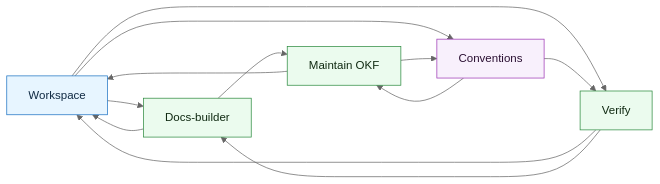
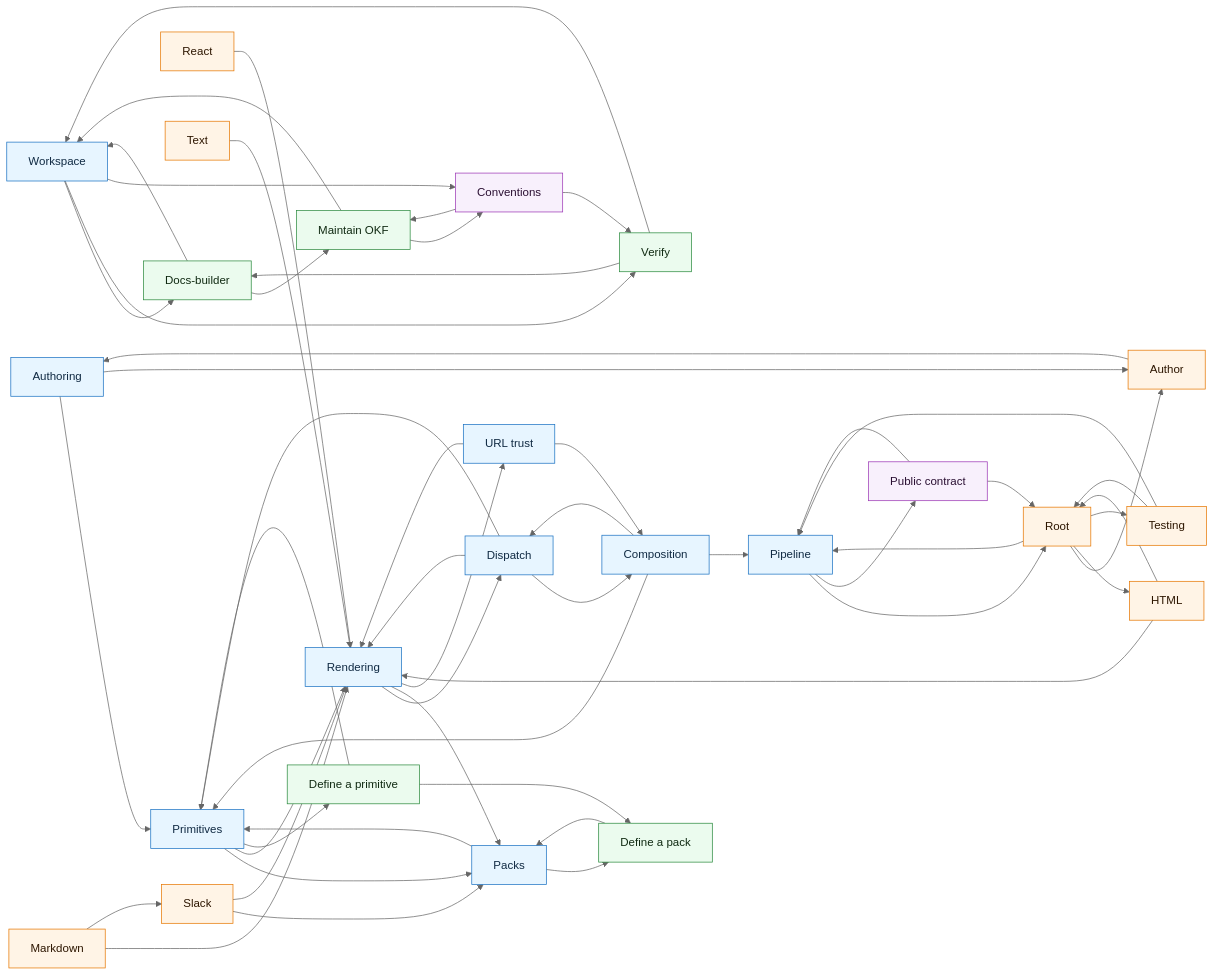
The diagram in docs/reference/okf-map.md (elastic/isomer), drawn with Mermaid (neutral theme) before and after one commit. The commit also changed other lines of this file and 150 other files, not shown here.

````diff
--- a/docs/reference/okf-map.md
+++ b/docs/reference/okf-map.md
@@ -16,23 +16,82 @@
 ```mermaid
 flowchart LR
+    sdk_concepts_authoring["Authoring"]:::concept
+    sdk_concepts_composition["Composition"]:::concept
+    sdk_concepts_dispatch["Dispatch"]:::concept
+    sdk_concepts_packs["Packs"]:::concept
+    sdk_concepts_pipeline["Pipeline"]:::concept
+    sdk_concepts_primitives["Primitives"]:::concept
+    sdk_concepts_rendering["Rendering"]:::concept
+    sdk_concepts_url_trust["URL trust"]:::concept
+    sdk_entry_points_author["Author"]:::entrypoint
+    sdk_entry_points_html["HTML"]:::entrypoint
+    sdk_entry_points_markdown["Markdown"]:::entrypoint
+    sdk_entry_points_react["React"]:::entrypoint
+    sdk_entry_points_root["Root"]:::entrypoint
+    sdk_entry_points_slack["Slack"]:::entrypoint
+    sdk_entry_points_testing["Testing"]:::entrypoint
+    sdk_entry_points_text["Text"]:::entrypoint
+    sdk_playbooks_define_a_pack["Define a pack"]:::playbook
+    sdk_playbooks_define_a_primitive["Define a primitive"]:::playbook
+    sdk_reference_public_contract["Public contract"]:::reference
     workspace_concepts_workspace["Workspace"]:::concept
     workspace_playbooks_docs_builder["Docs-builder"]:::playbook
     workspace_playbooks_maintain_okf["Maintain OKF"]:::playbook
     workspace_playbooks_verify["Verify"]:::playbook
     workspace_reference_conventions["Conventions"]:::reference
+    sdk_concepts_authoring --> sdk_concepts_primitives
+    sdk_concepts_authoring --> sdk_entry_points_author
+    sdk_concepts_composition --> sdk_concepts_dispatch
+    sdk_concepts_composition --> sdk_concepts_pipeline
+    sdk_concepts_composition --> sdk_concepts_primitives
+    sdk_concepts_dispatch --> sdk_concepts_composition
+    sdk_concepts_dispatch --> sdk_concepts_primitives
+    sdk_concepts_dispatch --> sdk_concepts_rendering
+    sdk_concepts_packs --> sdk_concepts_primitives
+    sdk_concepts_packs --> sdk_playbooks_define_a_pack
+    sdk_concepts_pipeline --> sdk_entry_points_root
+    sdk_concepts_pipeline --> sdk_reference_public_contract
+    sdk_concepts_primitives --> sdk_concepts_packs
+    sdk_concepts_primitives --> sdk_concepts_rendering
+    sdk_concepts_primitives --> sdk_playbooks_define_a_primitive
+    sdk_concepts_rendering --> sdk_concepts_dispatch
+    sdk_concepts_rendering --> sdk_concepts_packs
+    sdk_concepts_rendering --> sdk_concepts_url_trust
+    sdk_concepts_url_trust --> sdk_concepts_composition
+    sdk_concepts_url_trust --> sdk_concepts_rendering
+    sdk_entry_points_author --> sdk_concepts_authoring
+    sdk_entry_points_html --> sdk_concepts_rendering
+    sdk_entry_points_html --> sdk_entry_points_root
+    sdk_entry_points_markdown --> sdk_concepts_rendering
+    sdk_entry_points_markdown --> sdk_entry_points_slack
+    sdk_entry_points_react --> sdk_concepts_rendering
+    sdk_entry_points_root --> sdk_concepts_pipeline
+    sdk_entry_points_root --> sdk_entry_points_author
+    sdk_entry_points_root --> sdk_entry_points_html
+    sdk_entry_points_root --> sdk_entry_points_testing
+    sdk_entry_points_slack --> sdk_concepts_packs
+    sdk_entry_points_slack --> sdk_concepts_rendering
+    sdk_entry_points_testing --> sdk_concepts_pipeline
+    sdk_entry_points_testing --> sdk_entry_points_root
+    sdk_entry_points_text --> sdk_concepts_rendering
+    sdk_playbooks_define_a_pack --> sdk_concepts_packs
+    sdk_playbooks_define_a_primitive --> sdk_concepts_primitives
+    sdk_playbooks_define_a_primitive --> sdk_playbooks_define_a_pack
+    sdk_reference_public_contract --> sdk_concepts_pipeline
+    sdk_reference_public_contract --> sdk_entry_points_root
     workspace_concepts_workspace --> workspace_playbooks_docs_builder
     workspace_concepts_workspace --> workspace_playbooks_verify
     workspace_concepts_workspace --> workspace_reference_conventions
     workspace_playbooks_docs_builder --> workspace_concepts_workspace
     workspace_playbooks_docs_builder --> workspace_playbooks_maintain_okf
     workspace_playbooks_maintain_okf --> workspace_concepts_workspace
     workspace_playbooks_maintain_okf --> workspace_reference_conventions
     workspace_playbooks_verify --> workspace_concepts_workspace
     workspace_playbooks_verify --> workspace_playbooks_docs_builder
     workspace_reference_conventions --> workspace_playbooks_maintain_okf
     workspace_reference_conventions --> workspace_playbooks_verify
     classDef concept fill:#e7f5ff,stroke:#1971c2,color:#102a43
     classDef entrypoint fill:#fff4e6,stroke:#e67700,color:#2d1600
     classDef playbook fill:#ebfbee,stroke:#2b8a3e,color:#102a12
     classDef reference fill:#f8f0fc,stroke:#9c36b5,color:#2b1033
 ```
````
